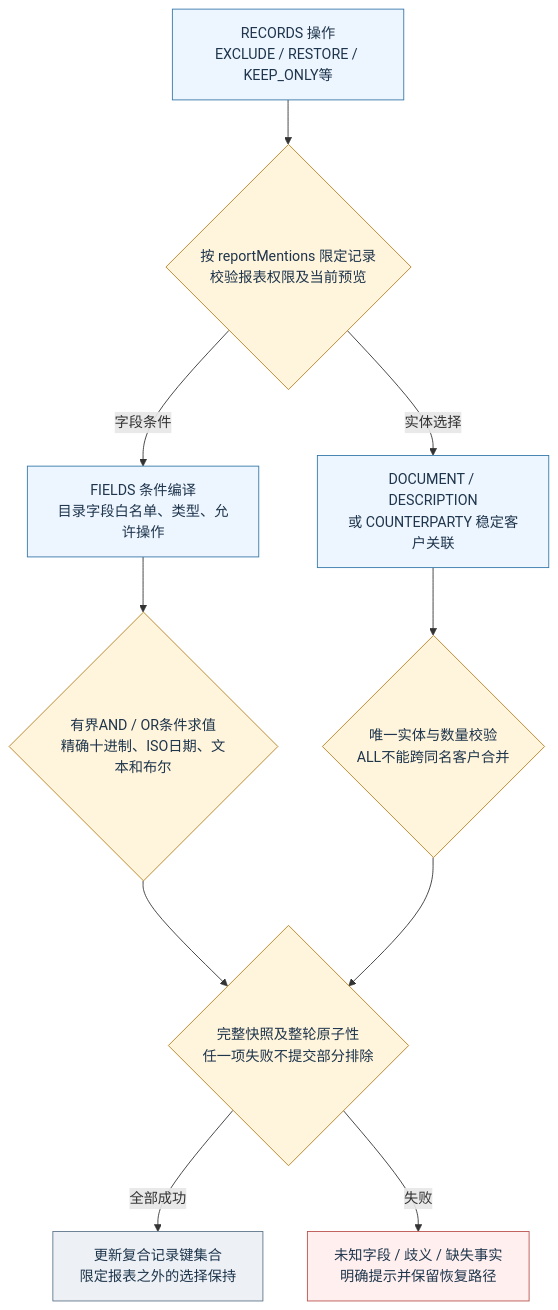
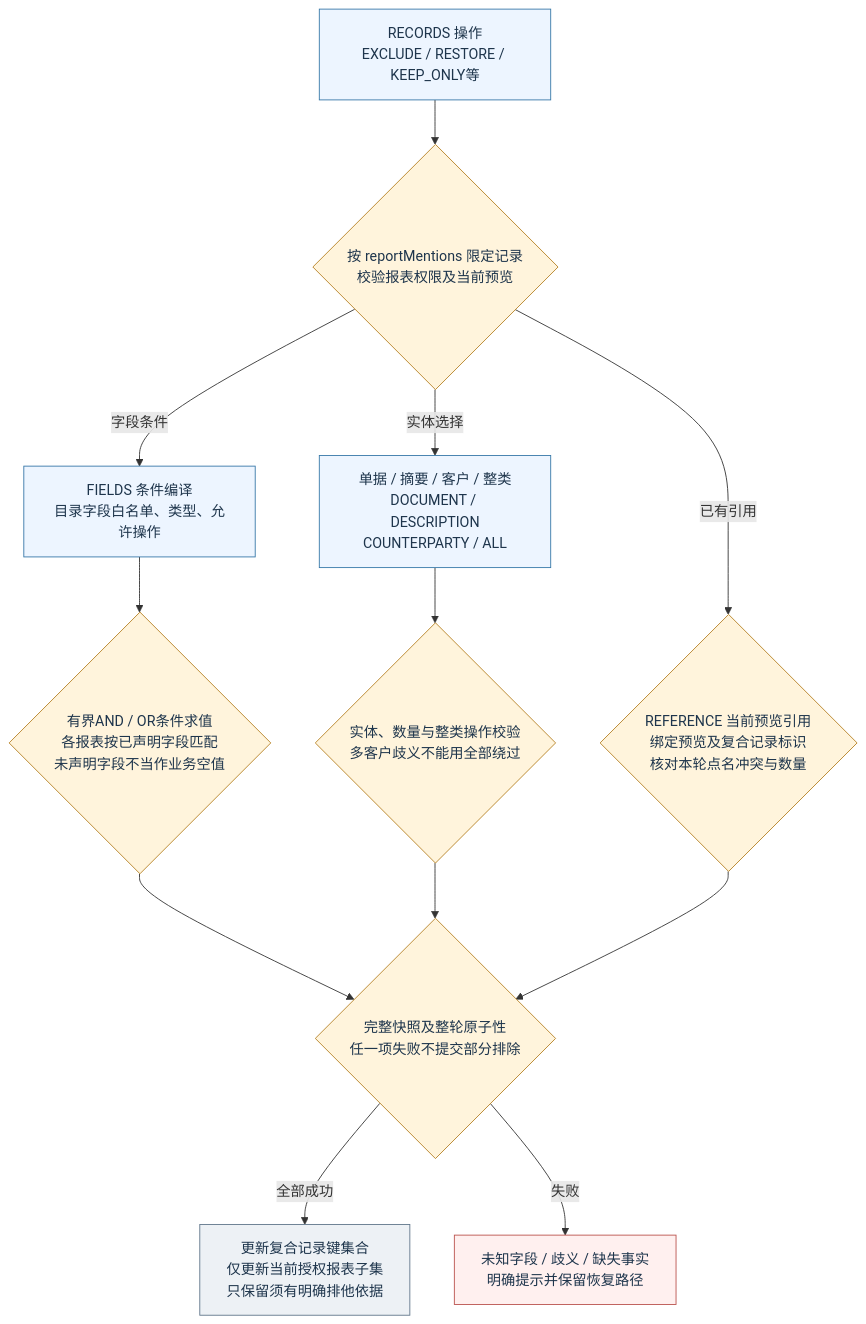
The diagram in docs/diagrams/demo-final/03.mmd (QSZJAVA/agent_demo), drawn with Mermaid before and after one commit. The commit also changed 62 other files, not shown here.

```diff
--- a/docs/diagrams/demo-final/03.mmd
+++ b/docs/diagrams/demo-final/03.mmd
@@ -1,26 +1,29 @@
 flowchart TD
   change["RECORDS 操作<br/>EXCLUDE / RESTORE / KEEP_ONLY等"]:::agent
   scope{"按 reportMentions 限定记录<br/>校验报表权限及当前预览"}:::guard
   fields["FIELDS 条件编译<br/>目录字段白名单、类型、允许操作"]:::agent
-  entity["DOCUMENT / DESCRIPTION<br/>或 COUNTERPARTY 稳定客户关联"]:::agent
-  eval{"有界AND / OR条件求值<br/>精确十进制、ISO日期、文本和布尔"}:::guard
-  unique{"唯一实体与数量校验<br/>ALL不能跨同名客户合并"}:::guard
+  entity["单据 / 摘要 / 客户 / 整类<br/>DOCUMENT / DESCRIPTION<br/>COUNTERPARTY / ALL"]:::agent
+  eval{"有界AND / OR条件求值<br/>各报表按已声明字段匹配<br/>未声明字段不当作业务空值"}:::guard
+  unique{"实体、数量与整类操作校验<br/>多客户歧义不能用全部绕过"}:::guard
   complete{"完整快照及整轮原子性<br/>任一项失败不提交部分排除"}:::guard
-  commit["更新复合记录键集合<br/>限定报表之外的选择保持"]:::store
+  commit["更新复合记录键集合<br/>仅更新当前授权报表子集<br/>只保留须有明确排他依据"]:::store
   refuse["未知字段 / 歧义 / 缺失事实<br/>明确提示并保留恢复路径"]:::error
+  reference{"REFERENCE 当前预览引用<br/>绑定预览及复合记录标识<br/>核对本轮点名冲突与数量"}:::guard
   change --> scope
   scope -->|"字段条件"| fields
   scope -->|"实体选择"| entity
   fields --> eval
   entity --> unique
   eval --> complete
   unique --> complete
   complete -->|"全部成功"| commit
   complete -->|"失败"| refuse
+  scope -->|"已有引用"| reference
+  reference --> complete
   classDef ui fill:#eaf2ff,stroke:#386bc1,color:#1e354c
   classDef agent fill:#edf5ff,stroke:#3778a8,color:#1e354c
   classDef model fill:#f3edff,stroke:#8751bf,color:#1e354c
   classDef business fill:#e8f7ef,stroke:#268255,color:#1e354c
   classDef guard fill:#fff4dc,stroke:#b58022,color:#1e354c
   classDef error fill:#fff0ef,stroke:#ba534e,color:#1e354c
   classDef store fill:#edf1f5,stroke:#60768b,color:#1e354c
```
